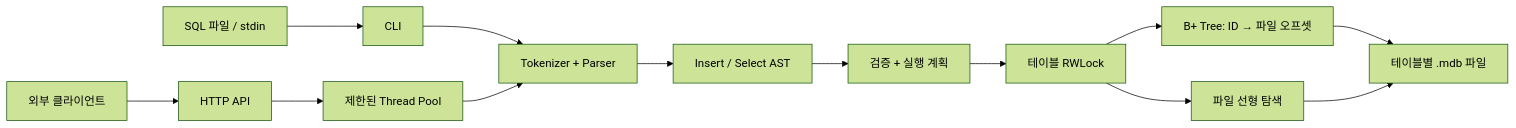
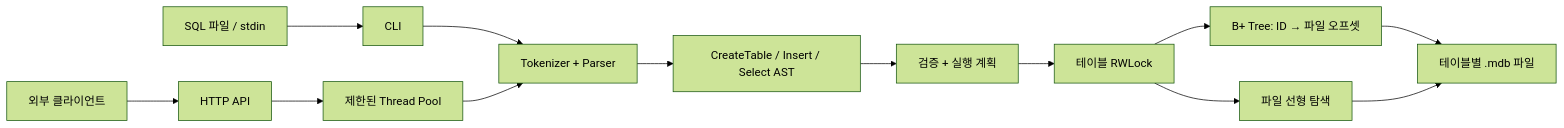
One commit to woojinnj/mini-dbms changed the diagram in docs/architecture.md. Above: the diagram before and after it, drawn with Mermaid (forest theme). The commit also changed other lines of this file and 11 other files, not shown here.

````diff
--- a/docs/architecture.md
+++ b/docs/architecture.md
@@ -5,15 +5,15 @@
 ```mermaid
 flowchart LR
     File[SQL 파일 / stdin] --> CLI[CLI]
     Client[외부 클라이언트] --> HTTP[HTTP API]
     HTTP --> Pool[제한된 Thread Pool]
     CLI --> Parser[Tokenizer + Parser]
     Pool --> Parser
-    Parser --> AST[Insert / Select AST]
+    Parser --> AST[CreateTable / Insert / Select AST]
     AST --> Engine[검증 + 실행 계획]
     Engine --> Lock[테이블 RWLock]
     Lock --> Tree[B+ Tree: ID → 파일 오프셋]
     Lock --> Scan[파일 선형 탐색]
     Tree --> FileDB[테이블별 .mdb 파일]
     Scan --> FileDB
 ```
````
